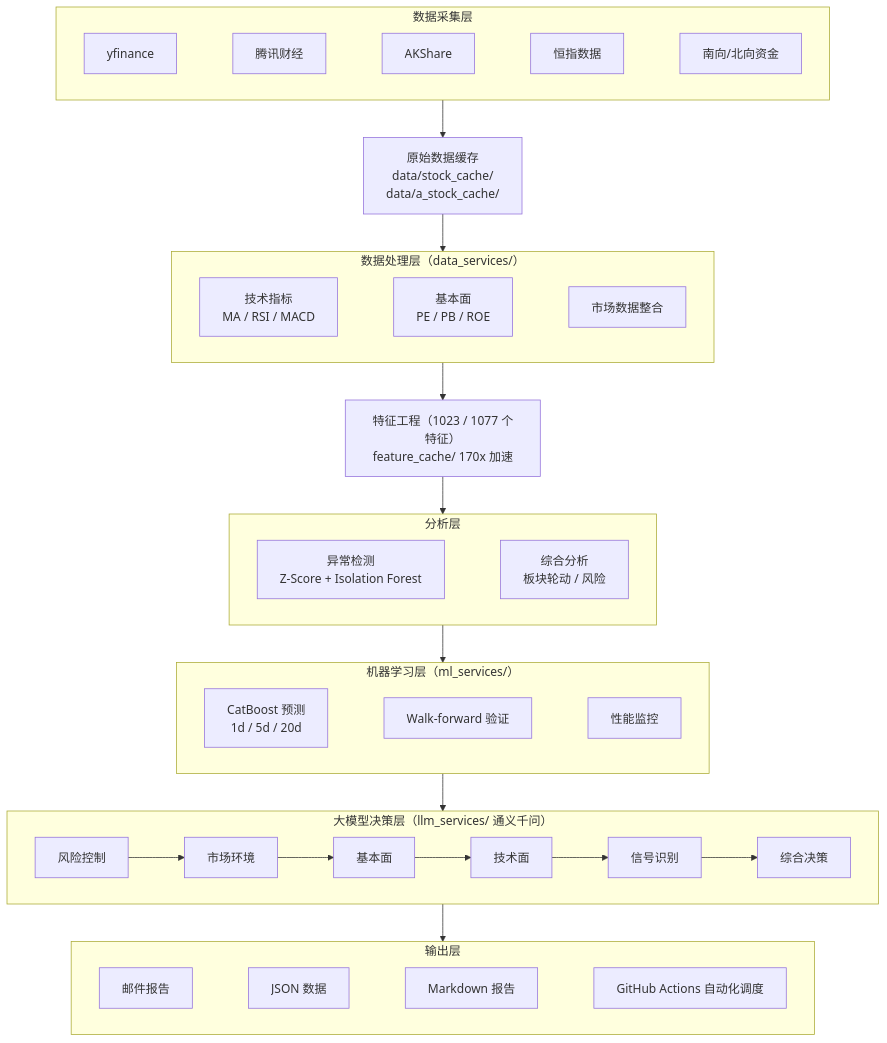
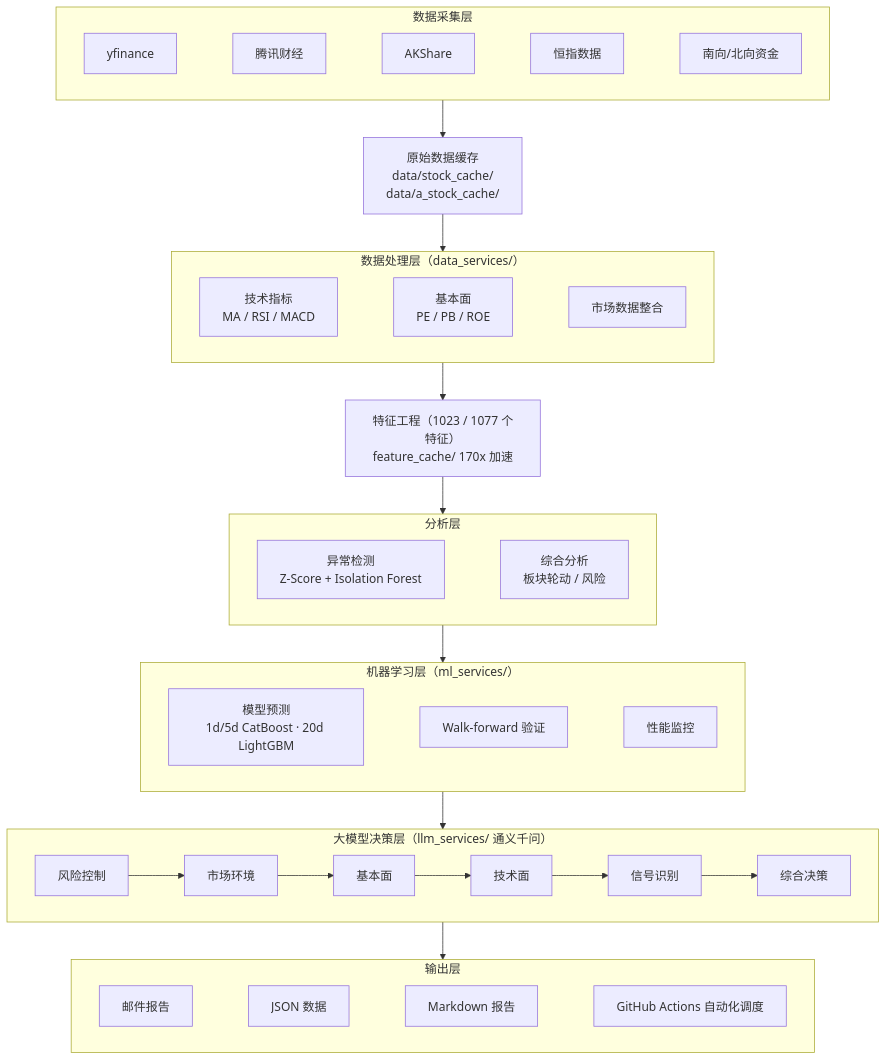
The second of 3 diagrams in README.md (wonglaitung/fortune), drawn with Mermaid before and after one commit. The commit also changed other lines of this file and 3 other files, not shown here.

Commit message:
fix(docs): 港股20d实跑=LightGBM事实修正(算法行/标题/流程图7处)+lessons pkl标签坑

````diff
--- a/README.md
+++ b/README.md
@@ -588,65 +588,65 @@
 ```mermaid
 flowchart TD
     subgraph L1["数据采集层"]
         direction LR
         A1["yfinance"]
         A2["腾讯财经"]
         A3["AKShare"]
         A4["恒指数据"]
         A5["南向/北向资金"]
         A1 ~~~ A2 ~~~ A3 ~~~ A4 ~~~ A5
     end
 
     RAW["原始数据缓存<br/>data/stock_cache/<br/>data/a_stock_cache/"]
 
     subgraph L2["数据处理层（data_services/）"]
         direction LR
         B1["技术指标<br/>MA / RSI / MACD"]
         B2["基本面<br/>PE / PB / ROE"]
         B3["市场数据整合"]
         B1 ~~~ B2 ~~~ B3
     end
 
     FEAT["特征工程（1023 / 1077 个特征）<br/>feature_cache/ 170x 加速"]
 
     subgraph L3["分析层"]
         direction LR
         C1["异常检测<br/>Z-Score + Isolation Forest"]
         C2["综合分析<br/>板块轮动 / 风险"]
         C1 ~~~ C2
     end
 
     subgraph L4["机器学习层（ml_services/）"]
         direction LR
-        D1["CatBoost 预测<br/>1d / 5d / 20d"]
+        D1["模型预测<br/>1d/5d CatBoost · 20d LightGBM"]
         D2["Walk-forward 验证"]
         D3["性能监控"]
         D1 ~~~ D2 ~~~ D3
     end
 
     subgraph L5["大模型决策层（llm_services/ 通义千问）"]
         direction LR
         E1["风险控制"]
         E2["市场环境"]
         E3["基本面"]
         E4["技术面"]
         E5["信号识别"]
         E6["综合决策"]
         E1 --> E2 --> E3 --> E4 --> E5 --> E6
     end
 
     subgraph L6["输出层"]
         direction LR
         F1["邮件报告"]
         F2["JSON 数据"]
         F3["Markdown 报告"]
         F4["GitHub Actions 自动化调度"]
         F1 ~~~ F2 ~~~ F3 ~~~ F4
     end
 
     L1 --> RAW --> L2
     L2 --> FEAT --> L3
     L3 --> L4
     L4 --> L5
     L5 --> L6
 ```
````
